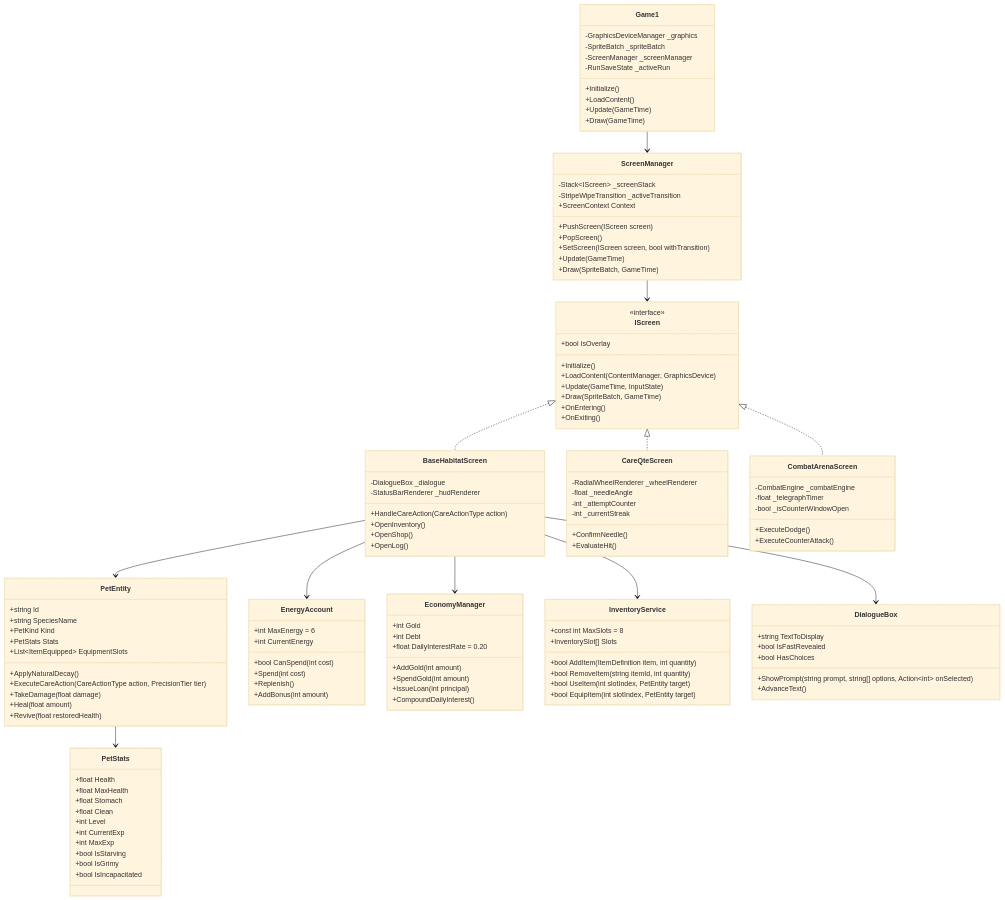
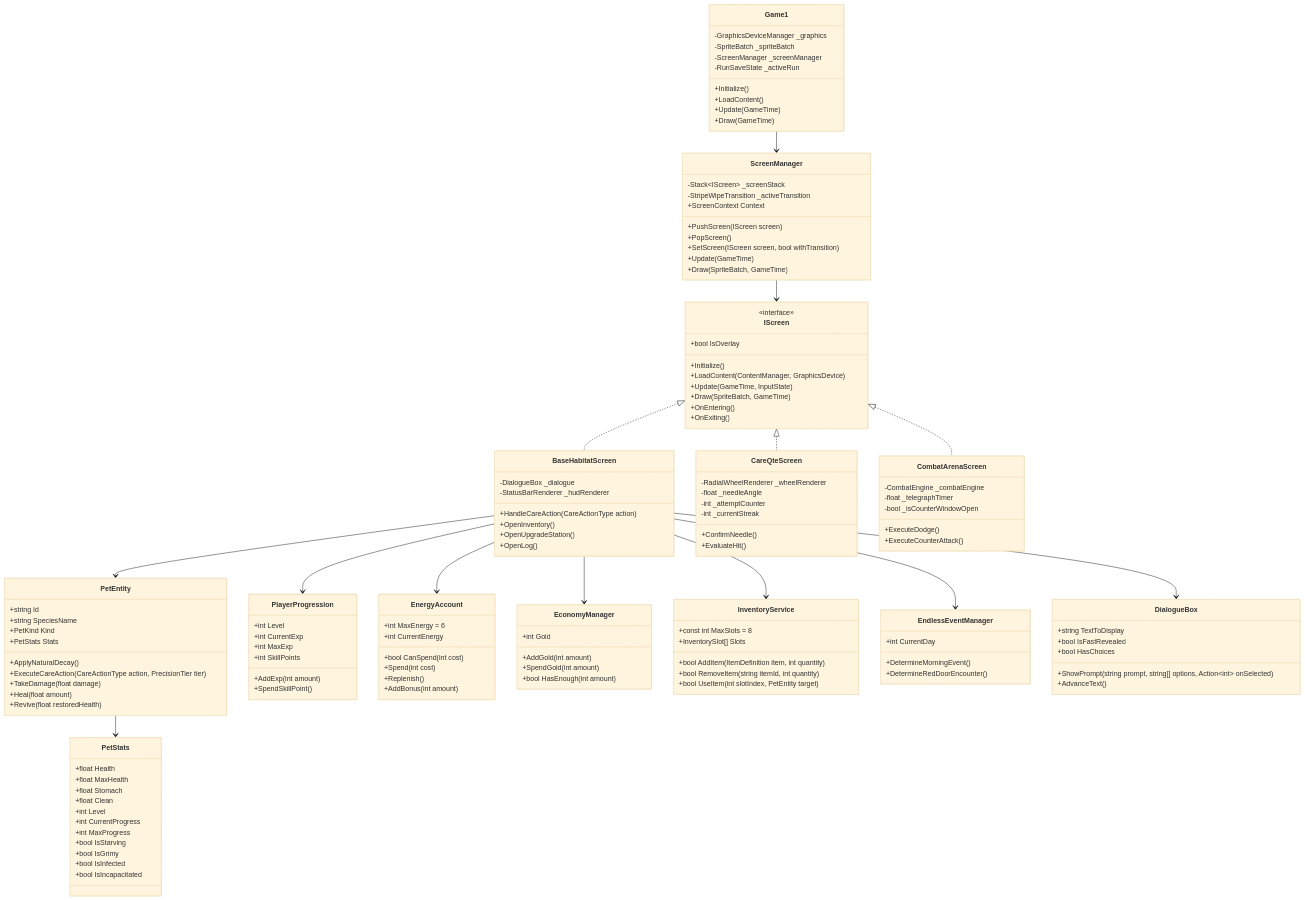
One commit to SShoww/Your-Story changed the first of 2 diagrams in BEPAL/Docs/NewGDD/04-class-diagram.md. Above: the diagram before and after it, drawn with Mermaid (base theme). The commit also changed other lines of this file, not shown here.

````diff
--- a/BEPAL/Docs/NewGDD/04-class-diagram.md
+++ b/BEPAL/Docs/NewGDD/04-class-diagram.md
@@ -58,135 +69,151 @@
 ```mermaid
 classDiagram
-    class Game1 {
-        -GraphicsDeviceManager _graphics
-        -SpriteBatch _spriteBatch
-        -ScreenManager _screenManager
-        -RunSaveState _activeRun
-        +Initialize()
-        +LoadContent()
-        +Update(GameTime)
-        +Draw(GameTime)
-    }
 
-    class ScreenManager {
-        -Stack~IScreen~ _screenStack
-        -StripeWipeTransition _activeTransition
-        +ScreenContext Context
-        +PushScreen(IScreen screen)
-        +PopScreen()
-        +SetScreen(IScreen screen, bool withTransition)
-        +Update(GameTime)
-        +Draw(SpriteBatch, GameTime)
-    }
+class Game1 {
+    -GraphicsDeviceManager _graphics
+    -SpriteBatch _spriteBatch
+    -ScreenManager _screenManager
+    -RunSaveState _activeRun
+    +Initialize()
+    +LoadContent()
+    +Update(GameTime)
+    +Draw(GameTime)
+}
 
-    class IScreen {
-        <<interface>>
-        +bool IsOverlay
-        +Initialize()
-        +LoadContent(ContentManager, GraphicsDevice)
-        +Update(GameTime, InputState)
-        +Draw(SpriteBatch, GameTime)
-        +OnEntering()
-        +OnExiting()
-    }
+class ScreenManager {
+    -Stack~IScreen~ _screenStack
+    -StripeWipeTransition _activeTransition
+    +ScreenContext Context
+    +PushScreen(IScreen screen)
+    +PopScreen()
+    +SetScreen(IScreen screen, bool withTransition)
+    +Update(GameTime)
+    +Draw(SpriteBatch, GameTime)
+}
 
-    class BaseHabitatScreen {
-        -DialogueBox _dialogue
-        -StatusBarRenderer _hudRenderer
-        +HandleCareAction(CareActionType action)
-        +OpenInventory()
-        +OpenShop()
-        +OpenLog()
-    }
+class IScreen {
+    <<interface>>
+    +bool IsOverlay
+    +Initialize()
+    +LoadContent(ContentManager, GraphicsDevice)
+    +Update(GameTime, InputState)
+    +Draw(SpriteBatch, GameTime)
+    +OnEntering()
+    +OnExiting()
+}
 
-    class CareQteScreen {
-        -RadialWheelRenderer _wheelRenderer
-        -float _needleAngle
-        -int _attemptCounter
-        -int _currentStreak
-        +ConfirmNeedle()
-        +EvaluateHit()
-    }
+class BaseHabitatScreen {
+    -DialogueBox _dialogue
+    -StatusBarRenderer _hudRenderer
+    +HandleCareAction(CareActionType action)
+    +OpenInventory()
+    +OpenUpgradeStation()
+    +OpenLog()
+}
 
-    class CombatArenaScreen {
-        -CombatEngine _combatEngine
-        -float _telegraphTimer
-        -bool _isCounterWindowOpen
-        +ExecuteDodge()
-        +ExecuteCounterAttack()
-    }
+class CareQteScreen {
+    -RadialWheelRenderer _wheelRenderer
+    -float _needleAngle
+    -int _attemptCounter
+    -int _currentStreak
+    +ConfirmNeedle()
+    +EvaluateHit()
+}
 
-    class PetEntity {
-        +string Id
-        +string SpeciesName
-        +PetKind Kind
-        +PetStats Stats
-        +List~ItemEquipped~ EquipmentSlots
-        +ApplyNaturalDecay()
-        +ExecuteCareAction(CareActionType action, PrecisionTier tier)
-        +TakeDamage(float damage)
-        +Heal(float amount)
-        +Revive(float restoredHealth)
-    }
+class CombatArenaScreen {
+    -CombatEngine _combatEngine
+    -float _telegraphTimer
+    -bool _isCounterWindowOpen
+    +ExecuteDodge()
+    +ExecuteCounterAttack()
+}
 
-    class PetStats {
-        +float Health
-        +float MaxHealth
-        +float Stomach
-        +float Clean
-        +int Level
-        +int CurrentExp
-        +int MaxExp
-        +bool IsStarving
-        +bool IsGrimy
-        +bool IsIncapacitated
-    }
+class PetEntity {
+    +string Id
+    +string SpeciesName
+    +PetKind Kind
+    +PetStats Stats
+    +ApplyNaturalDecay()
+    +ExecuteCareAction(CareActionType action, PrecisionTier tier)
+    +TakeDamage(float damage)
+    +Heal(float amount)
+    +Revive(float restoredHealth)
+}
 
-    class EnergyAccount {
-        +int MaxEnergy = 6
-        +int CurrentEnergy
-        +bool CanSpend(int cost)
-        +Spend(int cost)
-        +Replenish()
-        +AddBonus(int amount)
-    }
+class PetStats {
+    +float Health
+    +float MaxHealth
+    +float Stomach
+    +float Clean
+    +int Level
+    +int CurrentProgress
+    +int MaxProgress
+    +bool IsStarving
+    +bool IsGrimy
+    +bool IsInfected
+    +bool IsIncapacitated
+}
 
-    class EconomyManager {
-        +int Gold
-        +int Debt
-        +float DailyInterestRate = 0.20
-        +AddGold(int amount)
-        +SpendGold(int amount)
-        +IssueLoan(int principal)
-        +CompoundDailyInterest()
-    }
+class PlayerProgression {
+    +int Level
+    +int CurrentExp
+    +int MaxExp
+    +int SkillPoints
+    +AddExp(int amount)
+    +SpendSkillPoint()
+}
 
-    class InventoryService {
-        +const int MaxSlots = 8
-        +InventorySlot[] Slots
-        +bool AddItem(ItemDefinition item, int quantity)
-        +bool RemoveItem(string itemId, int quantity)
-        +bool UseItem(int slotIndex, PetEntity target)
-        +bool EquipItem(int slotIndex, PetEntity target)
-    }
+class EnergyAccount {
+    +int MaxEnergy = 6
+    +int CurrentEnergy
+    +bool CanSpend(int cost)
+    +Spend(int cost)
+    +Replenish()
+    +AddBonus(int amount)
+}
 
-    class DialogueBox {
-        +string TextToDisplay
-        +bool IsFastRevealed
-        +bool HasChoices
-        +ShowPrompt(string prompt, string[] options, Action~int~ onSelected)
-        +AdvanceText()
-    }
+class EconomyManager {
+    +int Gold
+    +AddGold(int amount)
+    +SpendGold(int amount)
+    +bool HasEnough(int amount)
+}
 
-    Game1 --> ScreenManager
-    ScreenManager --> IScreen
-    IScreen <|.. BaseHabitatScreen
-    IScreen <|.. CareQteScreen
-    IScreen <|.. CombatArenaScreen
-    BaseHabitatScreen --> DialogueBox
-    BaseHabitatScreen --> PetEntity
-    BaseHabitatScreen --> EnergyAccount
-    BaseHabitatScreen --> EconomyManager
-    BaseHabitatScreen --> InventoryService
-    PetEntity --> PetStats
+class InventoryService {
+    +const int MaxSlots = 8
+    +InventorySlot[] Slots
+    +bool AddItem(ItemDefinition item, int quantity)
+    +bool RemoveItem(string itemId, int quantity)
+    +bool UseItem(int slotIndex, PetEntity target)
+}
+
+class EndlessEventManager {
+    +int CurrentDay
+    +DetermineMorningEvent()
+    +DetermineRedDoorEncounter()
+}
+
+class DialogueBox {
+    +string TextToDisplay
+    +bool IsFastRevealed
+    +bool HasChoices
+    +ShowPrompt(string prompt, string[] options, Action~int~ onSelected)
+    +AdvanceText()
+}
+
+Game1 --> ScreenManager
+ScreenManager --> IScreen
+IScreen <|.. BaseHabitatScreen
+IScreen <|.. CareQteScreen
+IScreen <|.. CombatArenaScreen
+
+BaseHabitatScreen --> DialogueBox
+BaseHabitatScreen --> PetEntity
+BaseHabitatScreen --> PlayerProgression
+BaseHabitatScreen --> EnergyAccount
+BaseHabitatScreen --> EconomyManager
+BaseHabitatScreen --> InventoryService
+BaseHabitatScreen --> EndlessEventManager
+
+PetEntity --> PetStats
 ```
````
